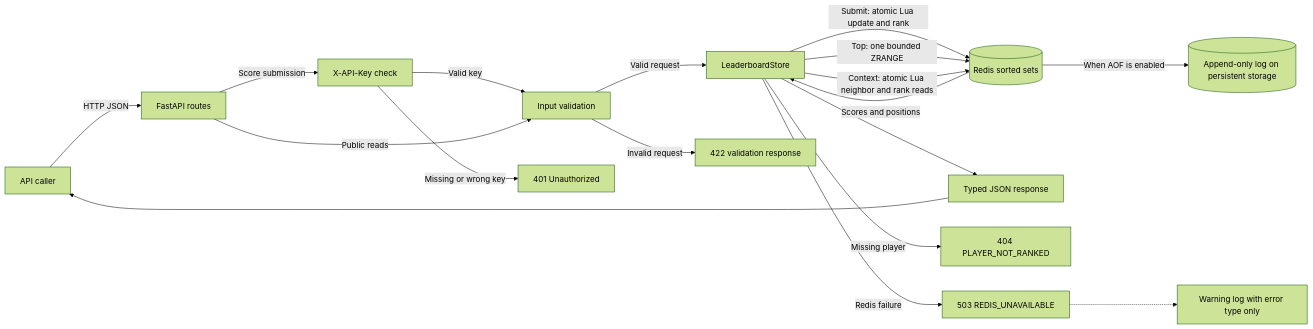
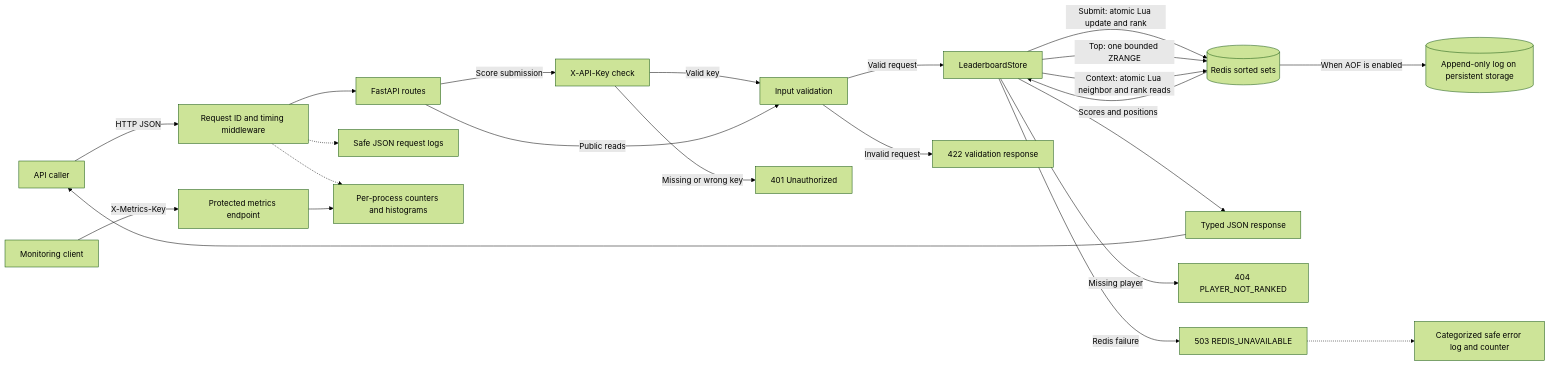
The diagram in docs/architecture.md (jl0554/gaming-leaderboard), drawn with Mermaid (forest theme) before and after one commit. The commit also changed other lines of this file and 18 other files, not shown here.

````diff
--- a/docs/architecture.md
+++ b/docs/architecture.md
@@ -10,20 +11,25 @@
 ```mermaid
 flowchart LR
-    Caller[API caller] -->|HTTP JSON| API[FastAPI routes]
+    Caller[API caller] -->|HTTP JSON| Instrumentation[Request ID and timing middleware]
+    Instrumentation --> API[FastAPI routes]
+    Instrumentation -.-> RequestLog[Safe JSON request logs]
+    Instrumentation -.-> Counters[Per-process counters and histograms]
+    Monitor[Monitoring client] -->|X-Metrics-Key| Metrics[Protected metrics endpoint]
+    Metrics --> Counters
     API -->|Score submission| Auth[X-API-Key check]
     Auth -->|Valid key| Validation[Input validation]
     Auth -->|Missing or wrong key| Unauthorized[401 Unauthorized]
     API -->|Public reads| Validation
     Validation -->|Valid request| Store[LeaderboardStore]
     Validation -->|Invalid request| Invalid[422 validation response]
     Store -->|Submit: atomic Lua update and rank| Redis[(Redis sorted sets)]
     Store -->|Top: one bounded ZRANGE| Redis
     Store -->|Context: atomic Lua neighbor and rank reads| Redis
     Redis -->|Scores and positions| Store
     Store --> Response[Typed JSON response]
     Response --> Caller
     Store -->|Missing player| Missing[404 PLAYER_NOT_RANKED]
     Store -->|Redis failure| Unavailable[503 REDIS_UNAVAILABLE]
-    Unavailable -.-> Log[Warning log with error type only]
+    Unavailable -.-> Log[Categorized safe error log and counter]
     Redis -->|When AOF is enabled| AOF[(Append-only log on persistent storage)]
 ```
````
